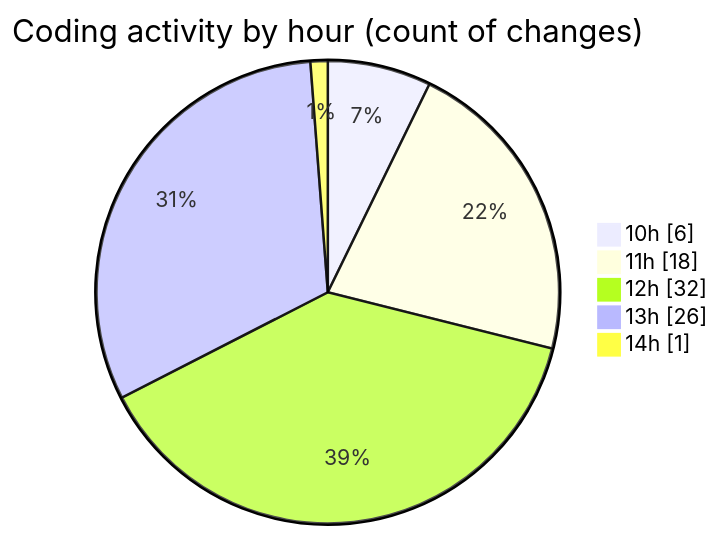
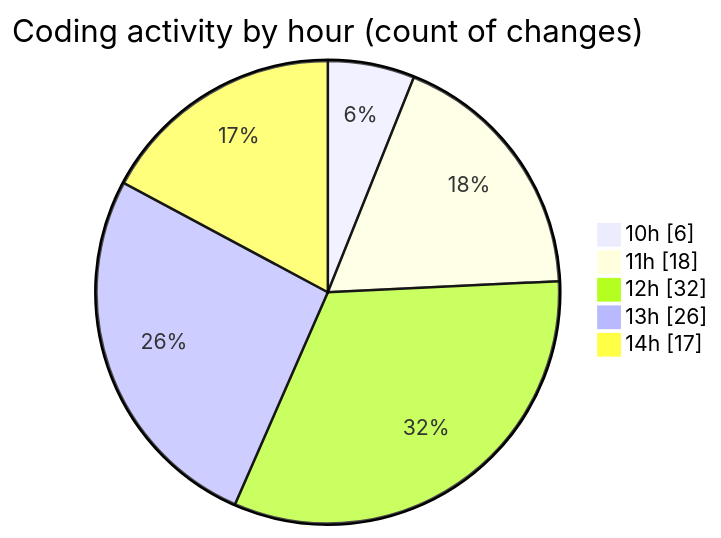
One commit to momahboobian/code-tracking changed the second of 2 diagrams in 2026-09-03/cda/README.md. Above: the diagram before and after it, drawn with Mermaid. The commit also changed other lines of this file and 1 other file, not shown here.

````diff
--- a/2026-09-03/cda/README.md
+++ b/2026-09-03/cda/README.md
@@ -81,9 +84,9 @@
 ```mermaid
 pie showData
 title Coding activity by hour (count of changes)
 "10h" : 6
 "11h" : 18
 "12h" : 32
 "13h" : 26
-"14h" : 1
+"14h" : 17
 ```
````
